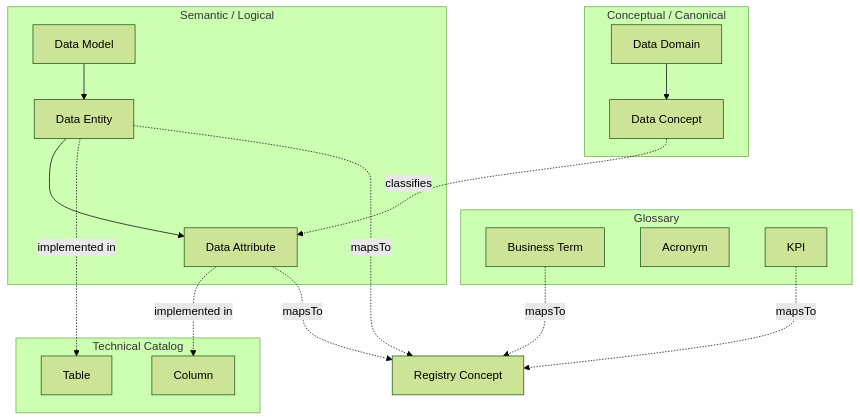
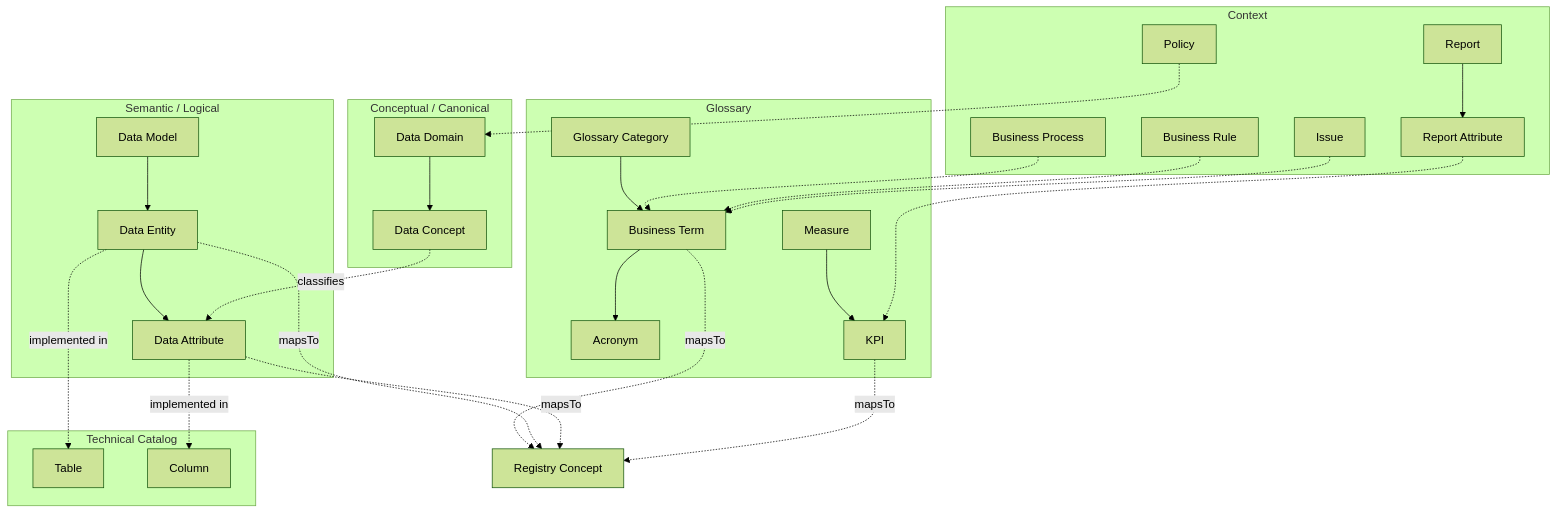
Before and after one commit to Swap-Innovation/Enterprise-Governance-Grid: the diagram in connected-data/10. Contracts/Business Catalog/01. Hierarchy And Relations.md, drawn with Mermaid (forest theme). The commit also changed other lines of this file and 650 other files, not shown here.

````diff
--- a/connected-data/10. Contracts/Business Catalog/01. Hierarchy And Relations.md
+++ b/connected-data/10. Contracts/Business Catalog/01. Hierarchy And Relations.md
@@ -22,32 +25,50 @@
 ```mermaid
 flowchart TB
   subgraph glossary [Glossary]
+    GC[Glossary Category]
     BT[Business Term]
     ACR[Acronym]
+    MEAS[Measure]
     KPI[KPI]
   end
   subgraph conceptual [Conceptual / Canonical]
     DD[Data Domain]
     DC[Data Concept]
   end
   subgraph semantic [Semantic / Logical]
     DM[Data Model]
     DE[Data Entity]
     DA[Data Attribute]
   end
+  subgraph context [Context]
+    BP[Business Process]
+    BR[Business Rule]
+    POL[Policy]
+    ISS[Issue]
+    RPT[Report]
+    RA[Report Attribute]
+  end
   subgraph physical [Technical Catalog]
     TBL[Table]
     COL[Column]
   end
   CP[Registry Concept]
 
+  GC --> BT --> ACR
+  MEAS --> KPI
   DD --> DC
   DM --> DE --> DA
+  RPT --> RA
   DC -.->|classifies| DA
   DE -.->|implemented in| TBL
   DA -.->|implemented in| COL
   BT -.->|mapsTo| CP
   DE -.->|mapsTo| CP
   DA -.->|mapsTo| CP
   KPI -.->|mapsTo| CP
+  BP -.-> BT
+  BR -.-> BT
+  POL -.-> DD
+  ISS -.-> BT
+  RA -.-> KPI
 ```
````
